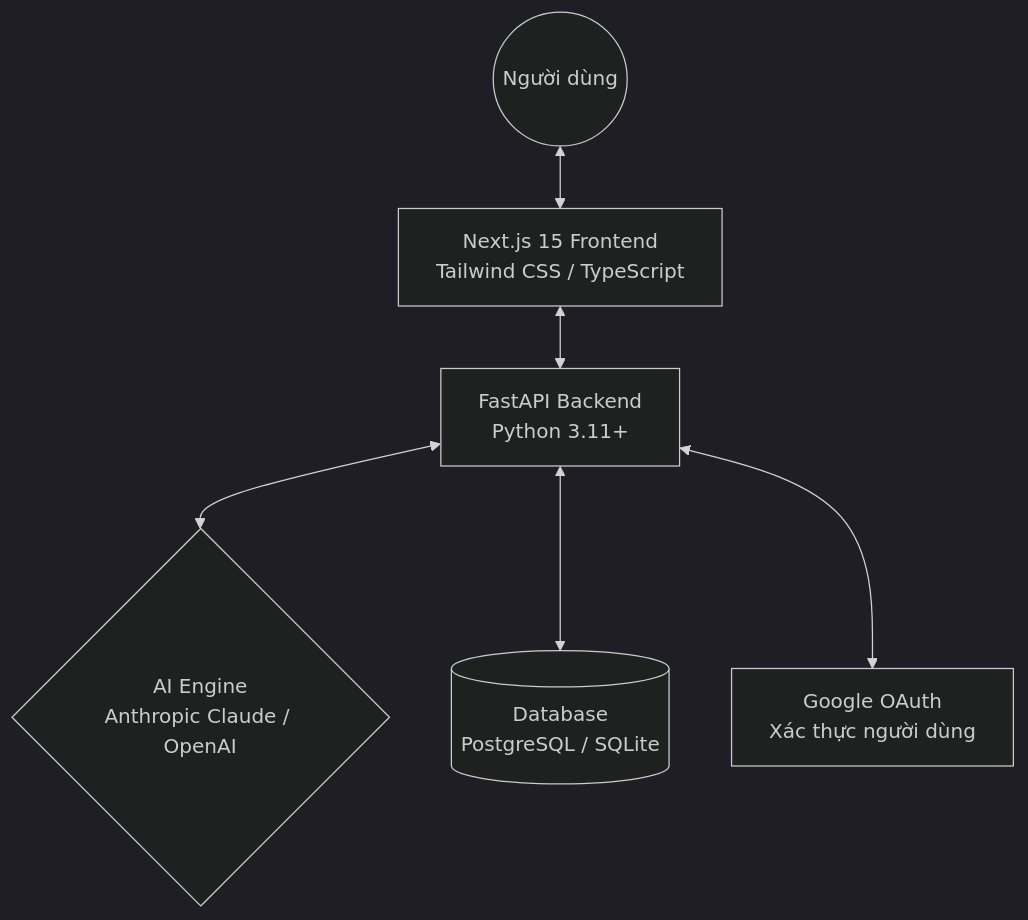
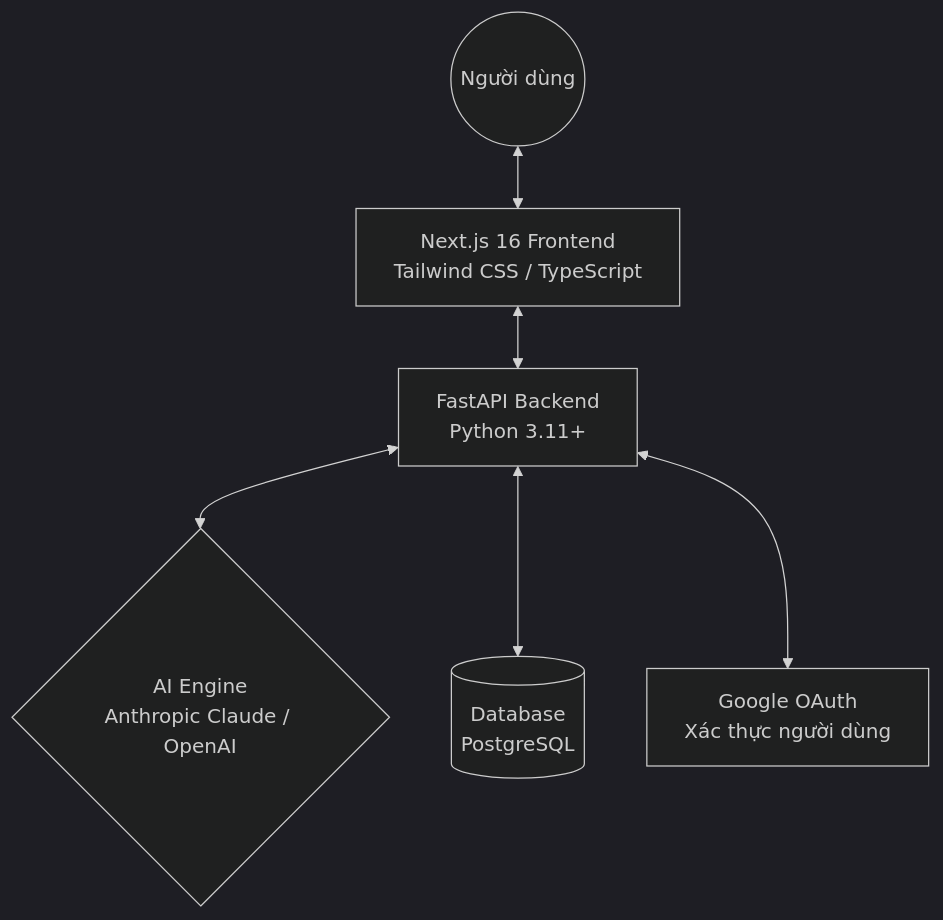
Before and after one commit to buicaochinh/VinUni-Memio-Flashcard: the first of 4 diagrams in docs/diagrams.md, drawn with Mermaid (dark theme). The commit also changed other lines of this file and 5 other files, not shown here.

First line of the commit message:
docs: normalize diagrams and add docs index

````diff
--- a/docs/diagrams.md
+++ b/docs/diagrams.md
@@ -9,8 +9,8 @@
 ```mermaid
 graph TD
-    User((Người dùng)) <--> Frontend[Next.js 15 Frontend<br/>Tailwind CSS / TypeScript]
+    User((Người dùng)) <--> Frontend[Next.js 16 Frontend<br/>Tailwind CSS / TypeScript]
     Frontend <--> API[FastAPI Backend<br/>Python 3.11+]
     API <--> LLM{AI Engine<br/>Anthropic Claude / OpenAI}
-    API <--> DB[(Database<br/>PostgreSQL / SQLite)]
+    API <--> DB[(Database<br/>PostgreSQL)]
     API <--> Auth[Google OAuth<br/>Xác thực người dùng]
 ```
````
